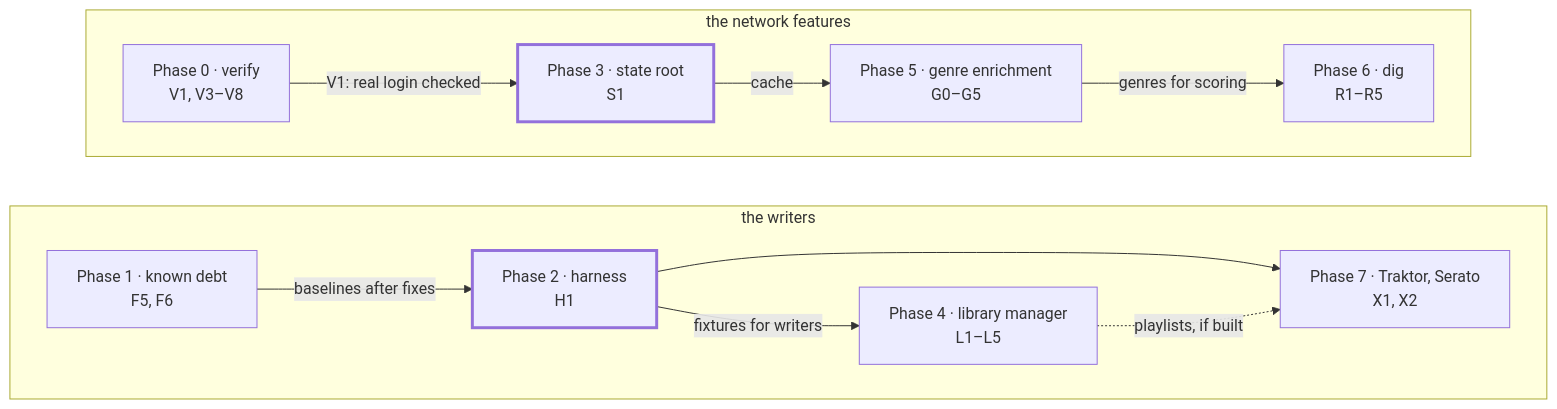
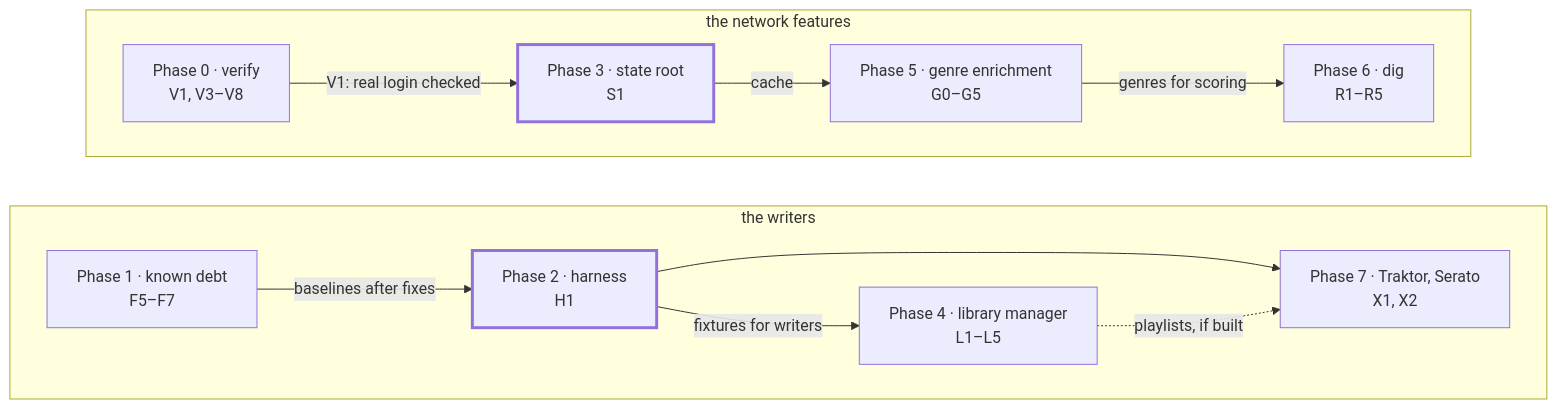
The diagram in docs/plan.md (eigenomarksamy/selecta), drawn with Mermaid before and after one commit. The commit also changed other lines of this file, not shown here.

````diff
--- a/docs/plan.md
+++ b/docs/plan.md
@@ -601,18 +618,18 @@
 ```mermaid
 flowchart LR
   subgraph writers["the writers"]
     direction LR
-    P1["Phase 1 · known debt<br/>F5, F6"] -->|"baselines after fixes"| P2["Phase 2 · harness<br/>H1"]
+    P1["Phase 1 · known debt<br/>F5–F7"] -->|"baselines after fixes"| P2["Phase 2 · harness<br/>H1"]
     P2 -->|"fixtures for writers"| P4["Phase 4 · library manager<br/>L1–L5"]
     P2 --> P7["Phase 7 · Traktor, Serato<br/>X1, X2"]
     P4 -.->|"playlists, if built"| P7
   end
   subgraph network["the network features"]
     direction LR
     P0["Phase 0 · verify<br/>V1, V3–V8"] -->|"V1: real login checked"| P3["Phase 3 · state root<br/>S1"]
     P3 -->|"cache"| P5["Phase 5 · genre enrichment<br/>G0–G5"]
     P5 -->|"genres for scoring"| P6["Phase 6 · dig<br/>R1–R5"]
   end
   classDef foundation stroke-width:3px
   class P2,P3 foundation
 ```
````
